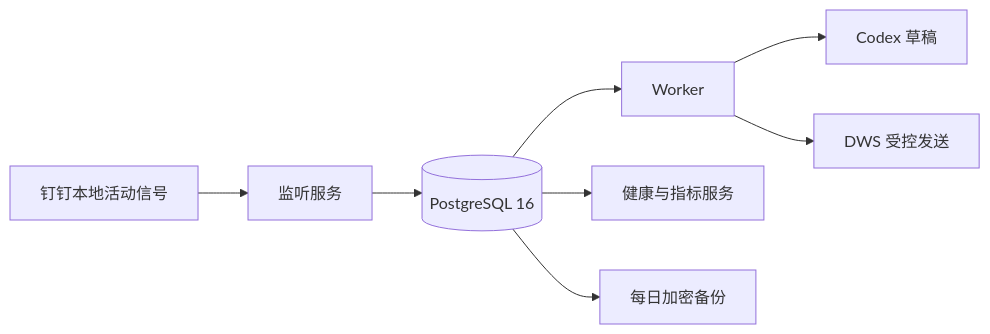
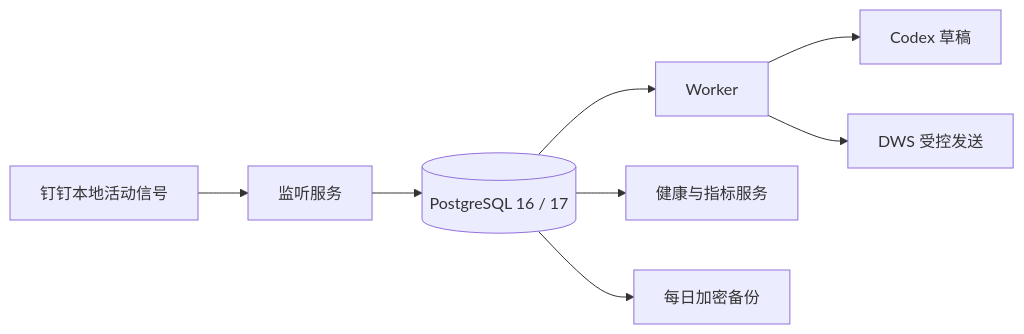
Before and after one commit to ruiwang20010702/ai-employee: the first of 2 diagrams in docs/生产运维手册.md, drawn with Mermaid. The commit also changed 2 other files, not shown here.

Commit message:
docs: 记录 PostgreSQL 17 生产兼容性

````diff
--- a/docs/生产运维手册.md
+++ b/docs/生产运维手册.md
@@ -5,10 +5,10 @@
 ```mermaid
 flowchart LR
     A["钉钉本地活动信号"] --> B["监听服务"]
-    B --> C[("PostgreSQL 16")]
+    B --> C[("PostgreSQL 16 / 17")]
     C --> D["Worker"]
     D --> E["Codex 草稿"]
     D --> F["DWS 受控发送"]
     C --> G["健康与指标服务"]
     C --> H["每日加密备份"]
 ```
````
